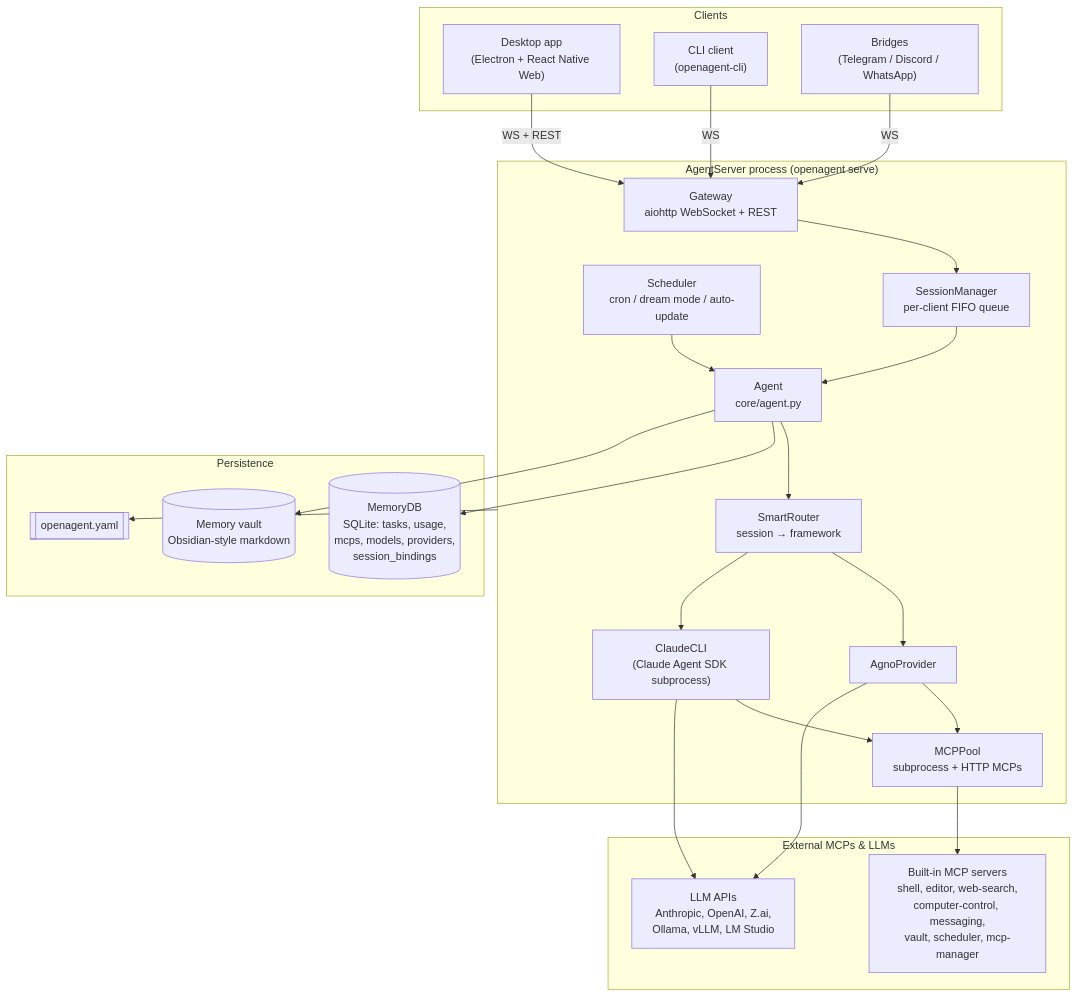
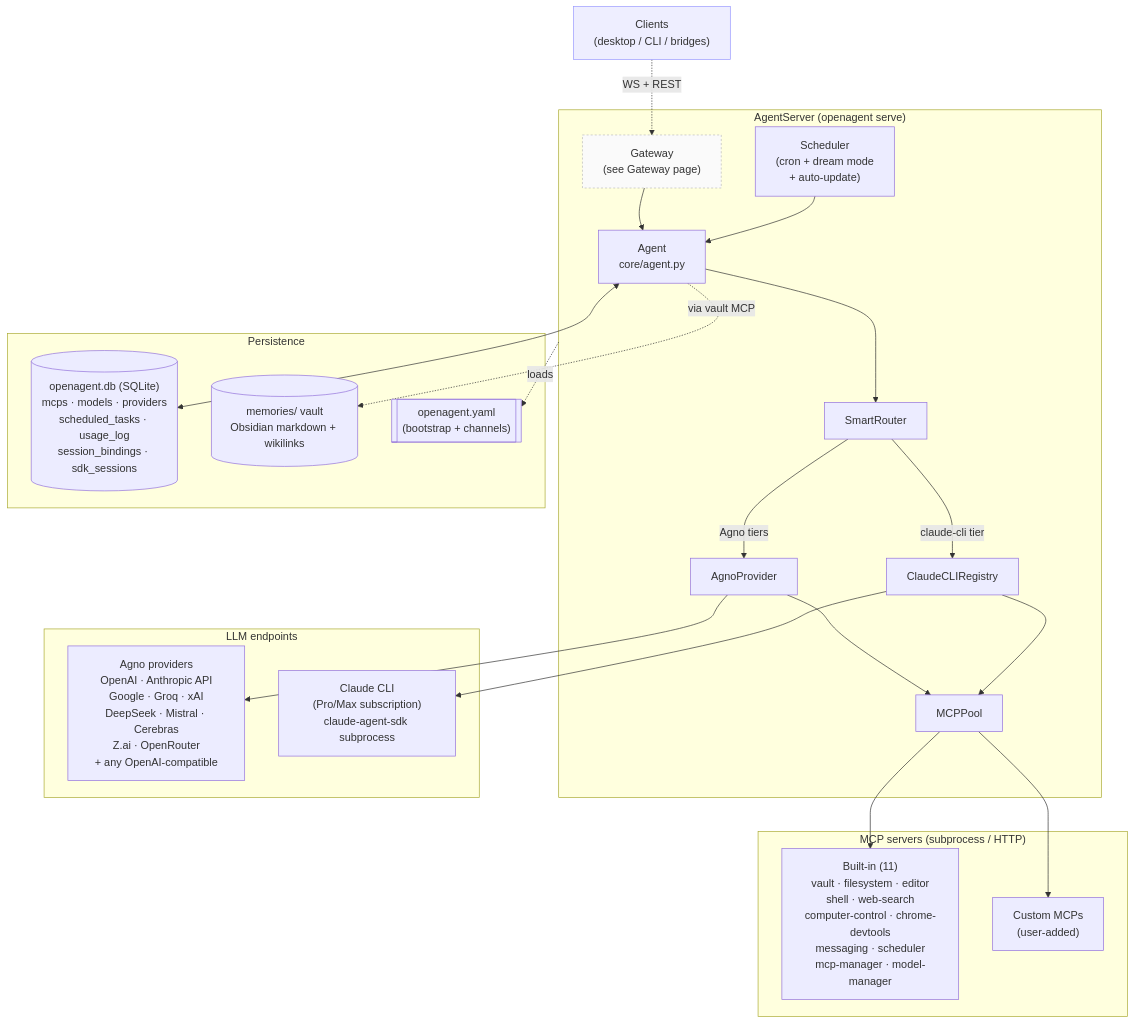
One commit to openagent-uno/openagent-docs changed the first of 8 diagrams in guide/architecture.md. Above: the diagram before and after it, drawn with Mermaid. The commit also changed other lines of this file and 4 other files, not shown here.

First line of the commit message:
docs: split Gateway page out of architecture, expand architecture

````diff
--- a/guide/architecture.md
+++ b/guide/architecture.md
@@ -16,49 +19,52 @@
 ```mermaid
 flowchart TB
-    subgraph Clients
-        Desktop["Desktop app<br/>(Electron + React Native Web)"]
-        CLI["CLI client<br/>(openagent-cli)"]
-        Bridges["Bridges<br/>(Telegram / Discord / WhatsApp)"]
+    Clients["Clients<br/>(desktop / CLI / bridges)"]:::ext
+
+    subgraph Server["AgentServer (openagent serve)"]
+        GW["Gateway<br/>(see Gateway page)"]:::thin
+        Agent["Agent<br/>core/agent.py"]
+        Router["SmartRouter"]
+        Agno["AgnoProvider"]
+        CCLI["ClaudeCLIRegistry"]
+        Pool["MCPPool"]
+        Sched["Scheduler<br/>(cron + dream mode<br/>+ auto-update)"]
     end
 
-    subgraph Server["AgentServer process (openagent serve)"]
-        Gateway["Gateway<br/>aiohttp WebSocket + REST"]
-        SessionMgr["SessionManager<br/>per-client FIFO queue"]
-        Agent["Agent<br/>core/agent.py"]
-        Router["SmartRouter<br/>session → framework"]
-        Agno["AgnoProvider"]
-        ClaudeCLI["ClaudeCLI<br/>(Claude Agent SDK subprocess)"]
-        Pool["MCPPool<br/>subprocess + HTTP MCPs"]
-        Scheduler["Scheduler<br/>cron / dream mode / auto-update"]
+    subgraph MCPs["MCP servers (subprocess / HTTP)"]
+        Built["Built-in (11)<br/>vault · filesystem · editor<br/>shell · web-search<br/>computer-control · chrome-devtools<br/>messaging · scheduler<br/>mcp-manager · model-manager"]
+        Custom["Custom MCPs<br/>(user-added)"]
     end
 
-    subgraph Persistence
-        DB[("MemoryDB<br/>SQLite: tasks, usage,<br/>mcps, models, providers,<br/>session_bindings")]
-        Vault[("Memory vault<br/>Obsidian-style markdown")]
-        YAML[["openagent.yaml"]]
+    subgraph State["Persistence"]
+        DB[("openagent.db (SQLite)<br/>mcps · models · providers<br/>scheduled_tasks · usage_log<br/>session_bindings · sdk_sessions")]
+        Vault[("memories/ vault<br/>Obsidian markdown + wikilinks")]
+        YAML[["openagent.yaml<br/>(bootstrap + channels)"]]
     end
 
-    subgraph External["External MCPs & LLMs"]
-        BuiltinMCP["Built-in MCP servers<br/>shell, editor, web-search,<br/>computer-control, messaging,<br/>vault, scheduler, mcp-manager"]
-        LLMs["LLM APIs<br/>Anthropic, OpenAI, Z.ai,<br/>Ollama, vLLM, LM Studio"]
+    subgraph LLMs["LLM endpoints"]
+        AgnoLLM["Agno providers<br/>OpenAI · Anthropic API<br/>Google · Groq · xAI<br/>DeepSeek · Mistral · Cerebras<br/>Z.ai · OpenRouter<br/>+ any OpenAI-compatible"]
+        ClaudeBin["Claude CLI<br/>(Pro/Max subscription)<br/>claude-agent-sdk subprocess"]
     end
 
-    Desktop -->|WS + REST| Gateway
-    CLI -->|WS| Gateway
-    Bridges -->|WS| Gateway
+    Clients -.WS + REST.-> GW
+    GW --> Agent
+    Sched --> Agent
 
-    Gateway --> SessionMgr --> Agent
     Agent --> Router
-    Router --> Agno
-    Router --> ClaudeCLI
+    Router -->|Agno tiers| Agno
+    Router -->|claude-cli tier| CCLI
+    Agno --> AgnoLLM
+    CCLI --> ClaudeBin
+
     Agno --> Pool
-    ClaudeCLI --> Pool
-    Pool --> BuiltinMCP
-    Agno --> LLMs
-    ClaudeCLI --> LLMs
+    CCLI --> Pool
+    Pool --> Built
+    Pool --> Custom
 
-    Scheduler --> Agent
-    Agent --> DB
-    Agent --> Vault
-    Server --> YAML
+    Agent <--> DB
+    Agent -. via vault MCP .-> Vault
+    Server -. loads .-> YAML
+
+    classDef ext fill:#eef,stroke:#99f
+    classDef thin fill:#fafafa,stroke:#bbb,stroke-dasharray:3 3
 ```
````
